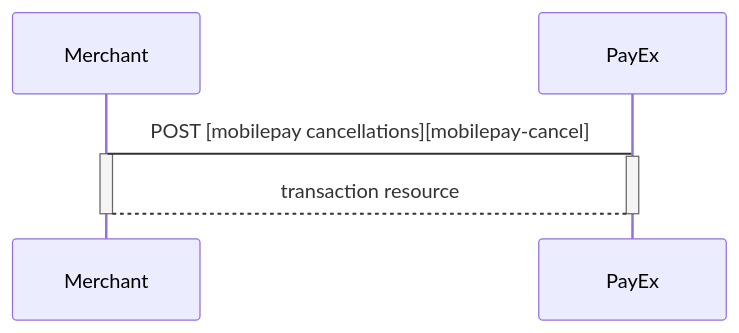
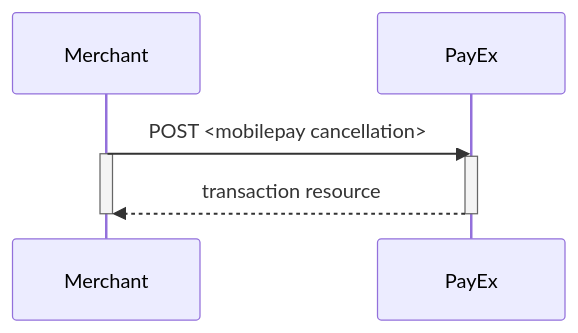
One commit to SwedbankPay/developer.swedbankpay.com changed the second of 3 diagrams in payments/mobile-pay/after-payment.md. Above: the diagram before and after it, drawn with Mermaid. The commit also changed other lines of this file and 4 other files, not shown here.

````diff
--- a/payments/mobile-pay/after-payment.md
+++ b/payments/mobile-pay/after-payment.md
@@ -294,9 +316,9 @@
 ```mermaid
 sequenceDiagram
-  Merchant->PayEx: POST [mobilepay cancellations][mobilepay-cancel]
-Activate Merchant
-Activate PayEx
-PayEx-->Merchant: transaction resource
-Deactivate PayEx
-Deactivate Merchant
+  Merchant->>PayEx: POST <mobilepay cancellation>
+  Activate Merchant
+  Activate PayEx
+  PayEx-->>Merchant: transaction resource
+  Deactivate PayEx
+  Deactivate Merchant
 ```
````
